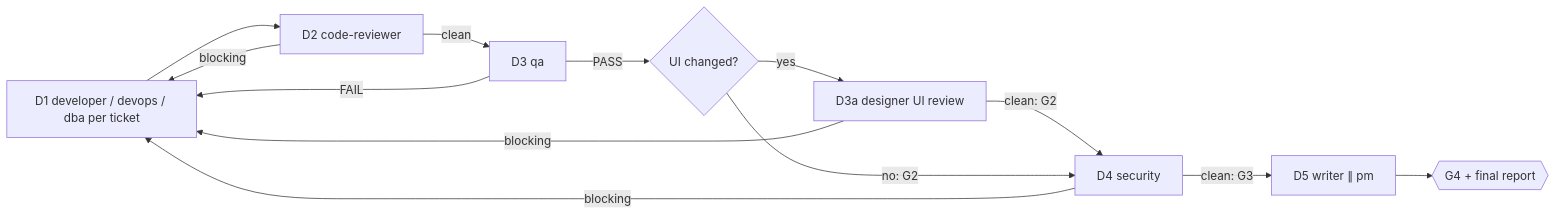
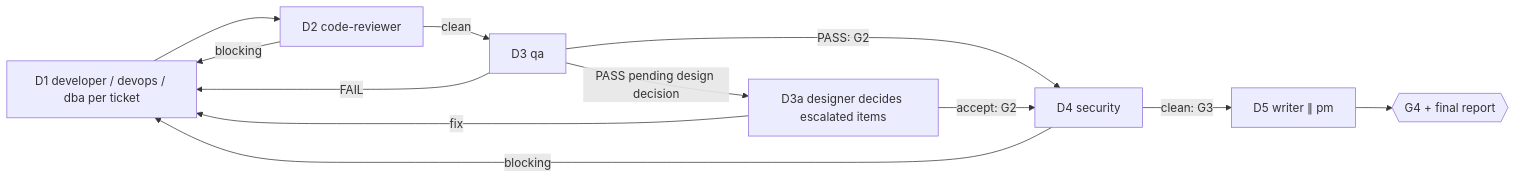
One commit to Tuan-Quyen/technical-teams changed the third of 4 diagrams in commands/feature.md. Above: the diagram before and after it, drawn with Mermaid. The commit also changed other lines of this file and 20 other files, not shown here.

````diff
--- a/commands/feature.md
+++ b/commands/feature.md
@@ -99,15 +101,14 @@
 ```mermaid
 flowchart LR
   D[D1 developer / devops / dba per ticket] --> CR[D2 code-reviewer]
   CR -- blocking --> D
   CR -- clean --> Q[D3 qa]
   Q -- FAIL --> D
-  Q -- PASS --> UIR{UI changed?}
-  UIR -- yes --> DR[D3a designer UI review]
-  DR -- blocking --> D
-  DR -- clean: G2 --> SEC[D4 security]
-  UIR -- no: G2 --> SEC
+  Q -- PASS: G2 --> SEC[D4 security]
+  Q -- PASS pending design decision --> DR[D3a designer decides escalated items]
+  DR -- fix --> D
+  DR -- accept: G2 --> SEC
   SEC -- blocking --> D
   SEC -- clean: G3 --> W[D5 writer ∥ pm]
   W --> G4{{G4 + final report}}
 ```
````
